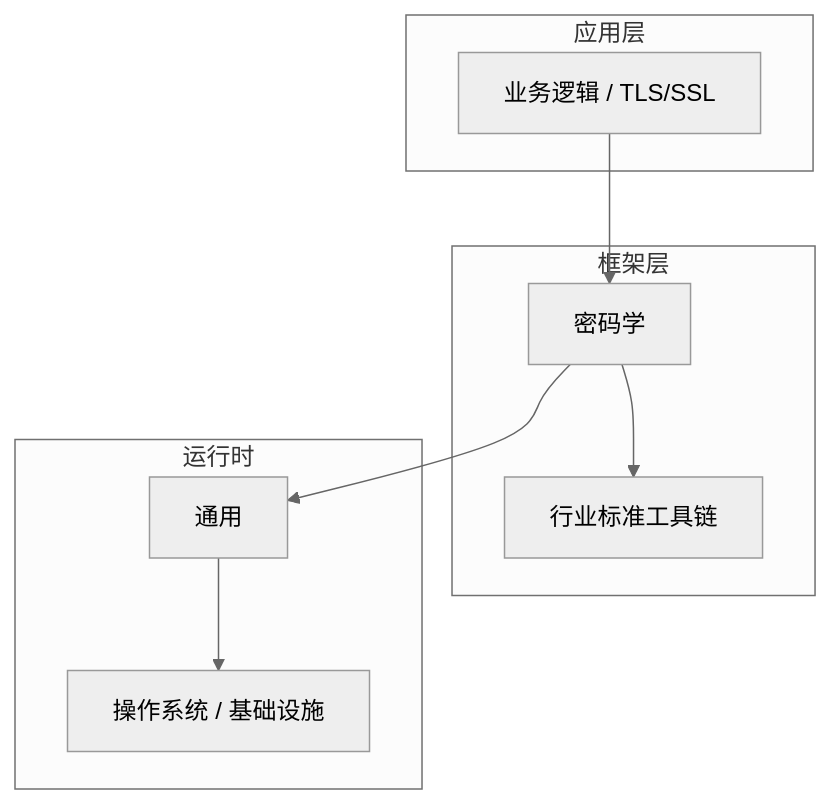
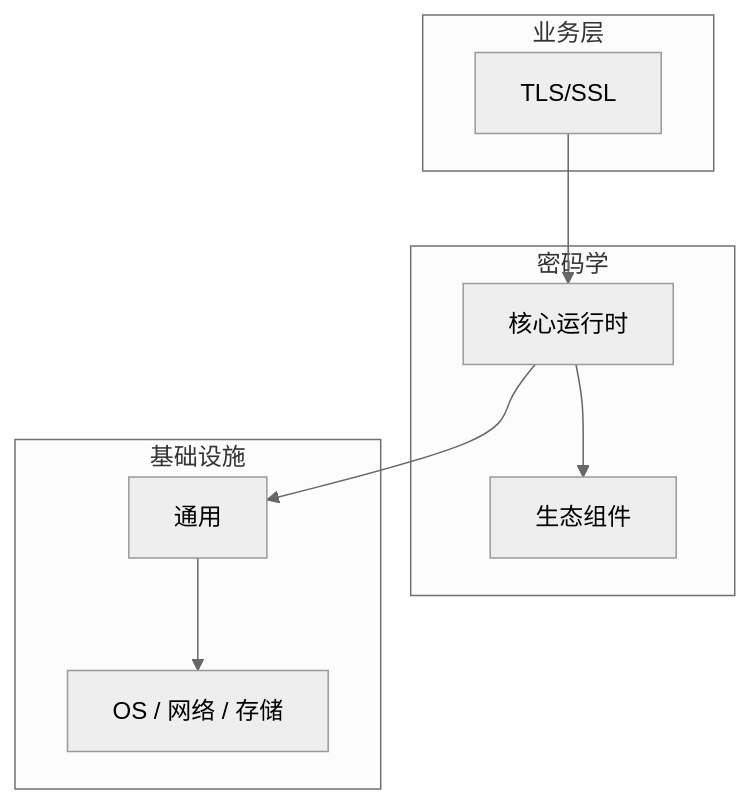
One commit to yanggan2015/knowledge-json-v2 changed the diagram in articles/密码学/chapters/086-TLSSSL核心概念与原理.md. Above: the diagram before and after it, drawn with Mermaid (neutral theme). The commit also changed other lines of this file and 10127 other files, not shown here.

````diff
--- a/articles/密码学/chapters/086-TLSSSL核心概念与原理.md
+++ b/articles/密码学/chapters/086-TLSSSL核心概念与原理.md
@@ -46,18 +31,18 @@
 ```mermaid
 graph TB
-    subgraph 应用层
-        A[业务逻辑 / TLS/SSL]
+    subgraph 业务层
+        A[TLS/SSL]
     end
-    subgraph 框架层
-        B[密码学]
-        C[行业标准工具链]
+    subgraph 密码学
+        B[核心运行时]
+        C[生态组件]
     end
-    subgraph 运行时
+    subgraph 基础设施
         D[通用]
-        E[操作系统 / 基础设施]
+        E[OS / 网络 / 存储]
     end
     A --> B
     B --> C
     B --> D
     D --> E
 ```
````
